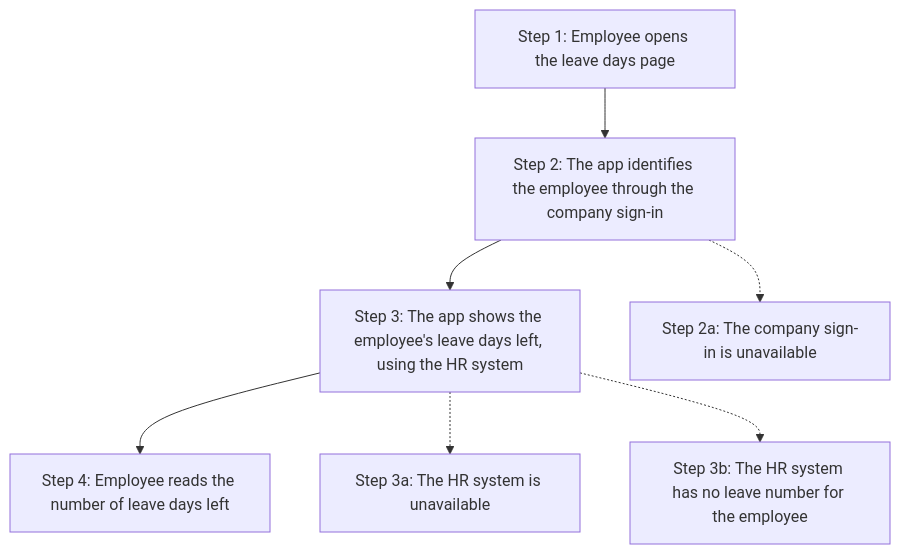
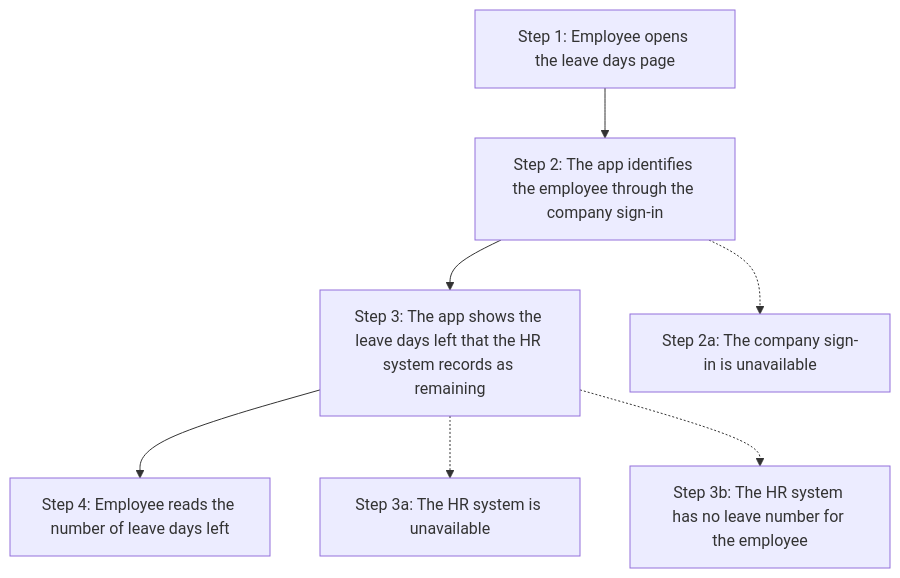
The fifth of 5 diagrams in zbrain-docs/requirements/user-journey.md (lhtshyamalshah/northstar-support-portal), drawn with Mermaid before and after one commit. The commit also changed other lines of this file and 1 other file, not shown here.

Commit message:
docs(requirements): configure leave days from Workday with Entra ID
Session: 5702cca0-dca5-4ae6-8eb6-f13248f9b8f3
Timestamp: 2026-11-27T08:19:55.697Z

````diff
--- a/zbrain-docs/requirements/user-journey.md
+++ b/zbrain-docs/requirements/user-journey.md
@@ -152,9 +152,9 @@
 ```mermaid
 flowchart TD
   s1["Step 1: Employee opens the leave days page"] --> s2["Step 2: The app identifies the employee through the company sign-in"]
-  s2 --> s3["Step 3: The app shows the employee's leave days left, using the HR system"]
+  s2 --> s3["Step 3: The app shows the leave days left that the HR system records as remaining"]
   s3 --> s4["Step 4: Employee reads the number of leave days left"]
   s2 -.-> x2a["Step 2a: The company sign-in is unavailable"]
   s3 -.-> x3a["Step 3a: The HR system is unavailable"]
   s3 -.-> x3b["Step 3b: The HR system has no leave number for the employee"]
 ```
````
